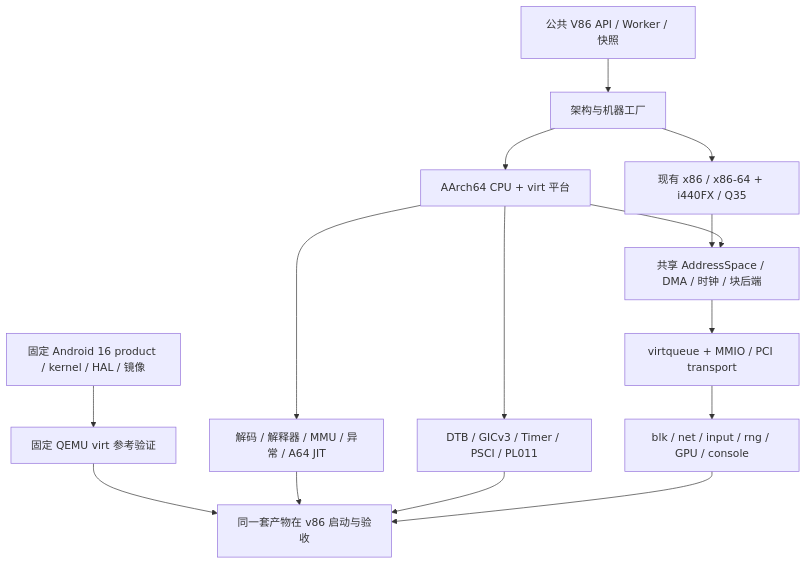
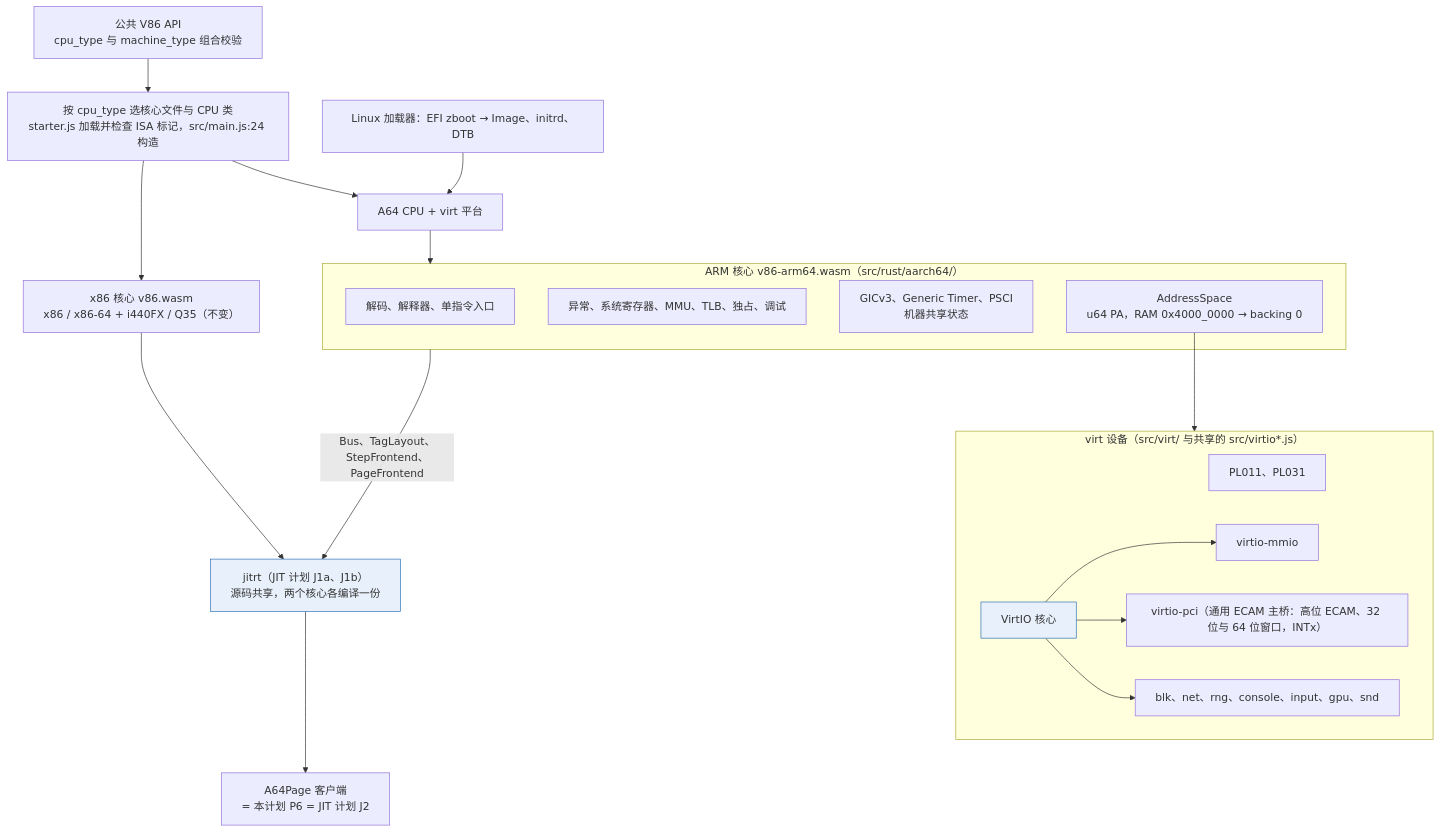
One commit to speedyHKjournalist/v64 changed the first of 2 diagrams in docs/arm64-virt-android16-plan.md. Above: the diagram before and after it, drawn with Mermaid. The commit also changed other lines of this file and 12 other files, not shown here.

````diff
--- a/docs/arm64-virt-android16-plan.md
+++ b/docs/arm64-virt-android16-plan.md
@@ -103,17 +277,32 @@
 ```mermaid
+%%{init: {"flowchart": {"wrappingWidth": 360}}}%%
 flowchart TD
-    API["公共 V86 API / Worker / 快照"] --> M["架构与机器工厂"]
-    M --> X["现有 x86 / x86-64 + i440FX / Q35"]
-    M --> A["AArch64 CPU + virt 平台"]
-    A --> C["解码 / 解释器 / MMU / 异常 / A64 JIT"]
-    A --> D["DTB / GICv3 / Timer / PSCI / PL011"]
-    X --> B["共享 AddressSpace / DMA / 时钟 / 块后端"]
-    A --> B
-    B --> V["virtqueue + MMIO / PCI transport"]
-    V --> IO["blk / net / input / rng / GPU / console"]
-    IMG["固定 Android 16 product / kernel / HAL / 镜像"] --> REF["固定 QEMU virt 参考验证"]
-    REF --> RUN["同一套产物在 v86 启动与验收"]
-    C --> RUN
-    D --> RUN
-    IO --> RUN
+    API["公共 V86 API<br/>cpu_type 与 machine_type 组合校验"] --> F["按 cpu_type 选核心文件与 CPU 类<br/>starter.js 加载并检查 ISA 标记，src/main.js:24 构造"]
+    F --> X["x86 核心 v86.wasm<br/>x86 / x86-64 + i440FX / Q35（不变）"]
+    F --> A["A64 CPU + virt 平台"]
+
+    subgraph CORE["ARM 核心 v86-arm64.wasm（src/rust/aarch64/）"]
+        DEC["解码、解释器、单指令入口"]
+        SYS["异常、系统寄存器、MMU、TLB、独占、调试"]
+        IRQ["GICv3、Generic Timer、PSCI<br/>机器共享状态"]
+        AS["AddressSpace<br/>u64 PA，RAM 0x4000_0000 → backing 0"]
+    end
+    A --> CORE
+
+    subgraph DEV["virt 设备（src/virt/ 与共享的 src/virtio*.js）"]
+        UART["PL011、PL031"]
+        VC["VirtIO 核心"] --> TM["virtio-mmio"]
+        VC --> TP["virtio-pci（通用 ECAM 主桥：高位 ECAM、32 位与 64 位窗口，INTx）"]
+        VC --> DEVS["blk、net、rng、console、input、gpu、snd"]
+    end
+    AS --> DEV
+    BOOT["Linux 加载器：EFI zboot → Image、initrd、DTB"] --> A
+
+    JR["jitrt（JIT 计划 J1a、J1b）<br/>源码共享，两个核心各编译一份"]
+    CORE -->|"Bus、TagLayout、StepFrontend、PageFrontend"| JR
+    JR --> A64P["A64Page 客户端<br/>= 本计划 P6 = JIT 计划 J2"]
+    X --> JR
+
+    classDef shared fill:#e8f1fb,stroke:#2f6fb5
+    class JR,VC shared
 ```
````
